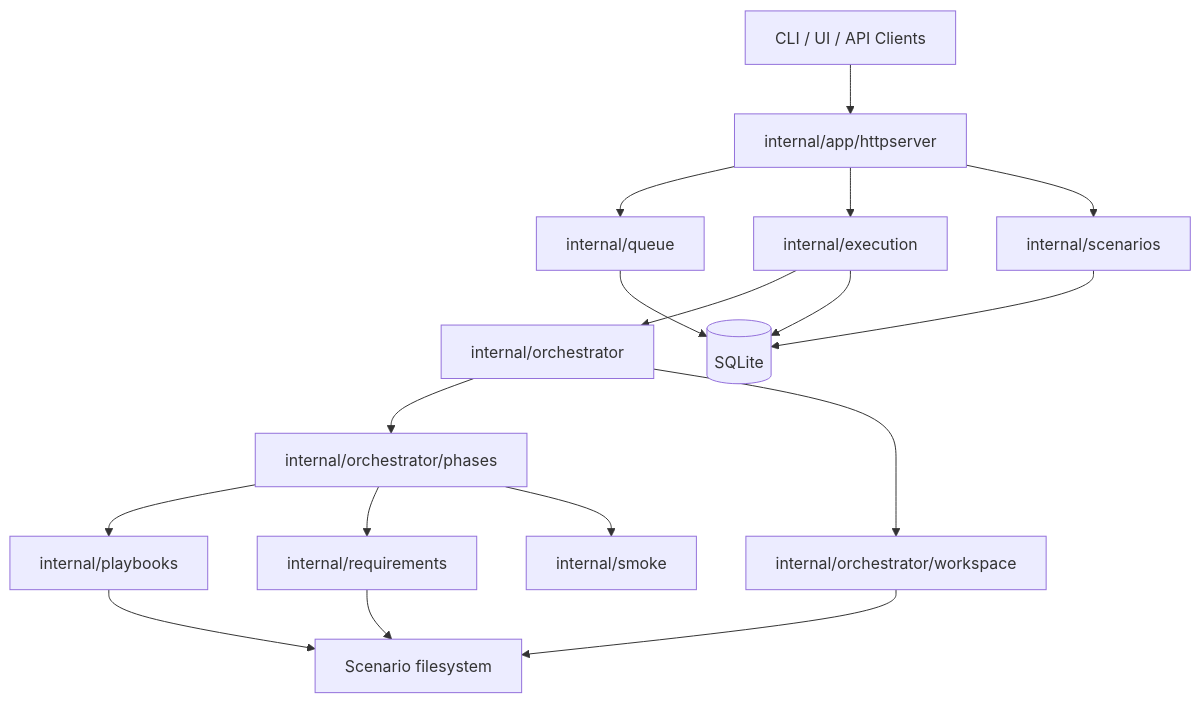
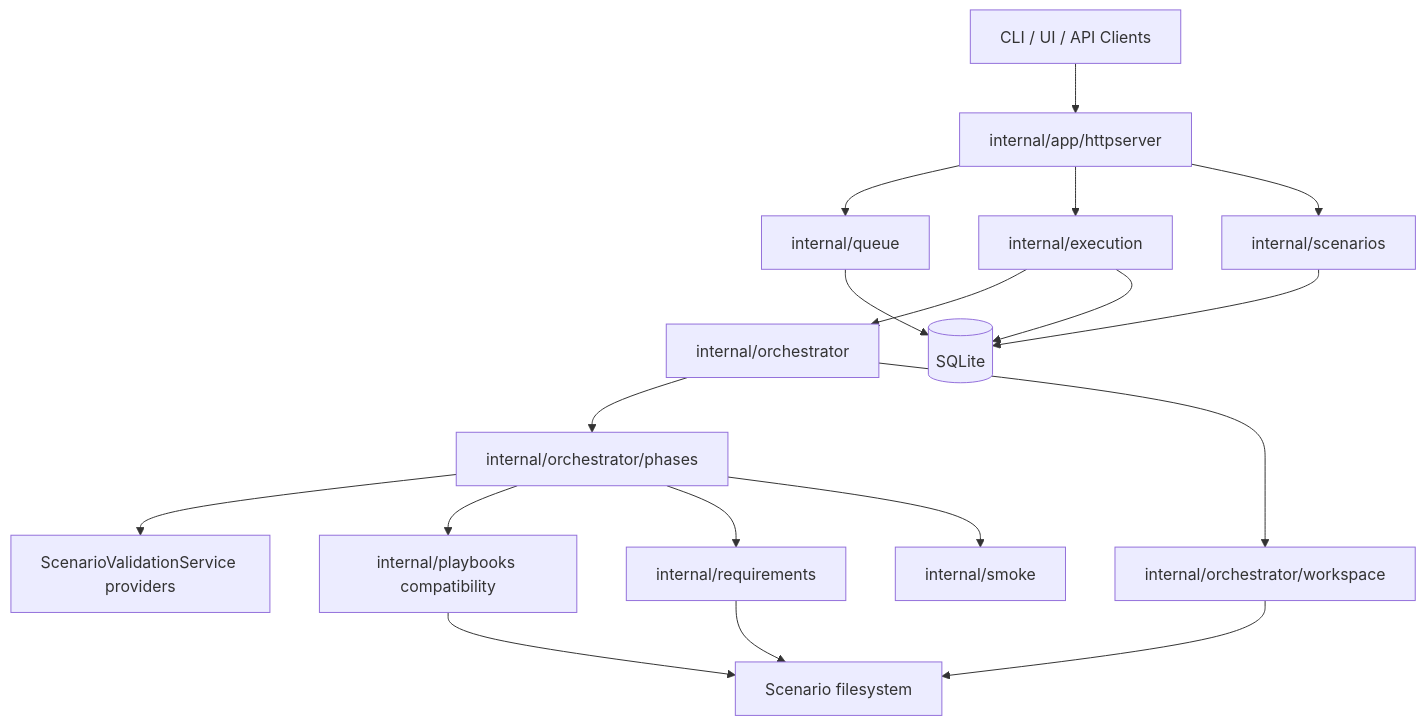
Before and after one commit to Vrooli/Vrooli: the diagram in scenarios/test-genie/docs/concepts/architecture.md, drawn with Mermaid. The commit also changed other lines of this file and 69 other files, not shown here.

````diff
--- a/scenarios/test-genie/docs/concepts/architecture.md
+++ b/scenarios/test-genie/docs/concepts/architecture.md
@@ -7,21 +7,22 @@
 ```mermaid
 flowchart TB
     cli["CLI / UI / API Clients"] --> http["internal/app/httpserver"]
     http --> queue["internal/queue"]
     http --> execution["internal/execution"]
     http --> scenarios["internal/scenarios"]
 
     execution --> orchestrator["internal/orchestrator"]
     orchestrator --> phases["internal/orchestrator/phases"]
     orchestrator --> workspace["internal/orchestrator/workspace"]
-    phases --> playbooks["internal/playbooks"]
+    phases --> providers["ScenarioValidationService providers"]
+    phases --> playbooks["internal/playbooks compatibility"]
     phases --> requirements["internal/requirements"]
     phases --> smoke["internal/smoke"]
 
     queue --> sqlite[(SQLite)]
     execution --> sqlite
     scenarios --> sqlite
     playbooks --> fs["Scenario filesystem"]
     workspace --> fs
     requirements --> fs
 ```
````
